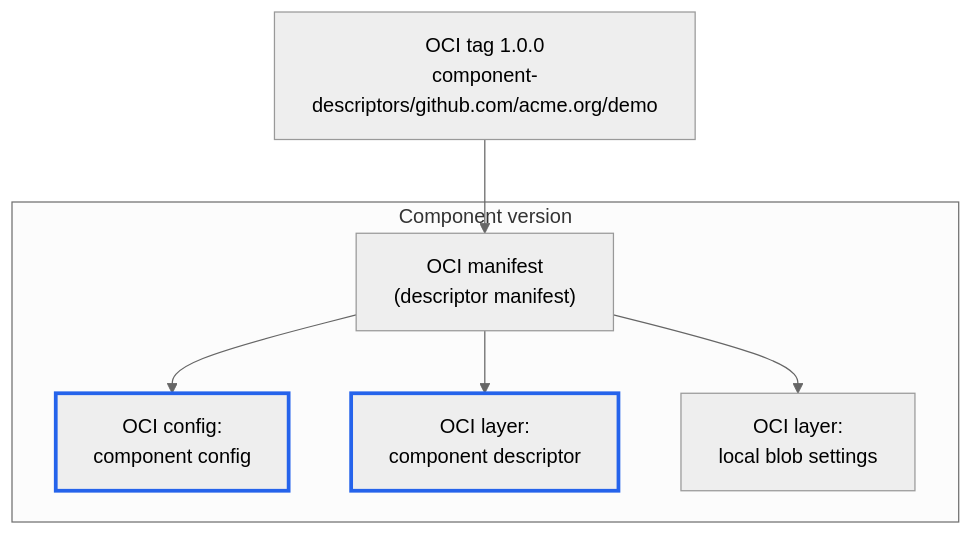
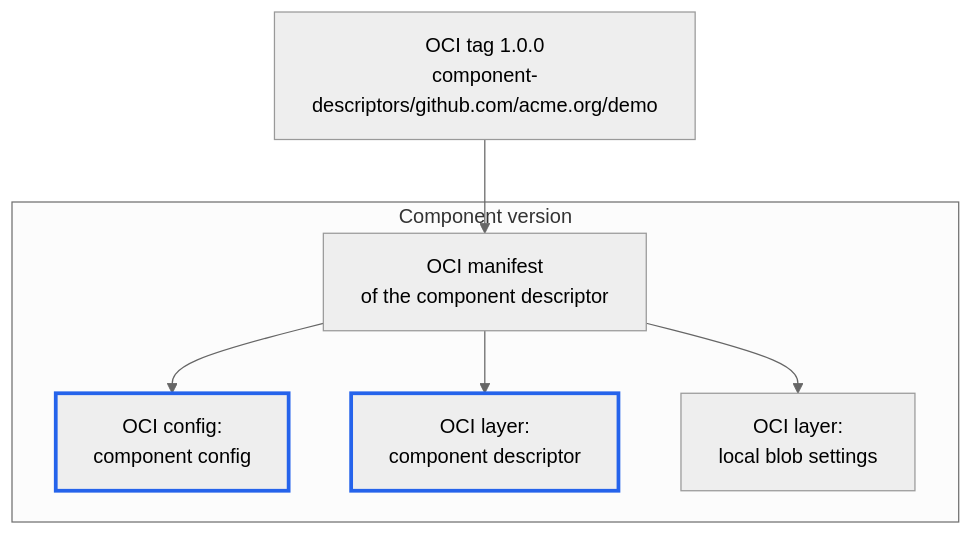
The first of 2 diagrams in website/content/docs/concepts/component-storage.md (open-component-model/open-component-model), drawn with Mermaid (neutral theme) before and after one commit. The commit also changed other lines of this file and 1 other file, not shown here.

First line of the commit message:
docs: describe the component descriptor's OCI manifest instead of naming it

````diff
--- a/website/content/docs/concepts/component-storage.md
+++ b/website/content/docs/concepts/component-storage.md
@@ -68,14 +66,14 @@
 ```mermaid
 flowchart TD
     tag["OCI tag 1.0.0<br/>component-descriptors/github.com/acme.org/demo"] --> dm
 
     subgraph cv["Component version"]
-        dm["OCI manifest<br/>(descriptor manifest)"]
+        dm["OCI manifest<br/>of the component descriptor"]
         dm --> cfg["OCI config:<br/>component config"]
         dm --> cd["OCI layer:<br/>component descriptor"]
         dm --> lb["OCI layer:<br/>local blob settings"]
     end
 
     classDef ocm stroke:#2563eb,stroke-width:3px
     class cfg,cd ocm
 ```
````
